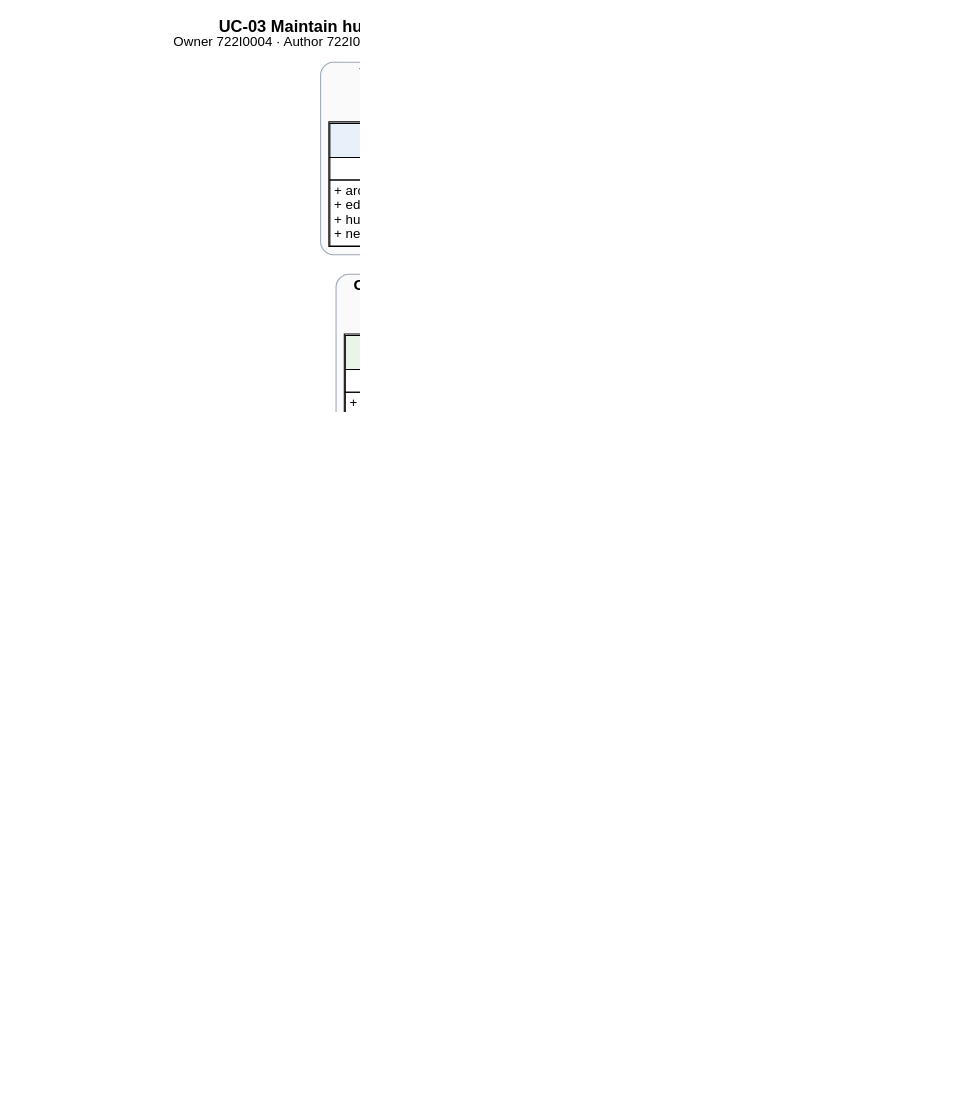
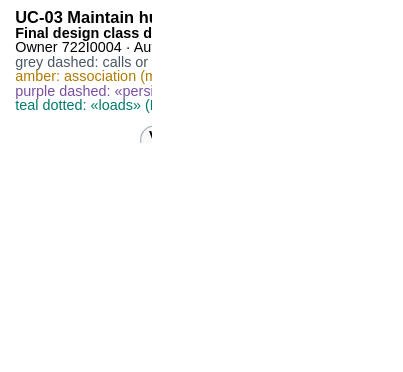
The diagram in models/UC-03/dcd_uc03_final_overview.dot (Dat071104/SaigonBite), drawn with Graphviz before and after one commit. The commit also changed 329 other files, not shown here.

```diff
--- a/models/UC-03/dcd_uc03_final_overview.dot
+++ b/models/UC-03/dcd_uc03_final_overview.dot
@@ -1,35 +1,36 @@
 digraph G {
-graph [rankdir=TB, nodesep=0.15, ranksep=0.5, fontname="Arial", fontsize=16, pad=0.2, dpi=200];
-node [shape=plain, fontname="Arial", fontsize=13];
-edge [fontname="Arial", fontsize=12];
-labelloc="t"; label=<<B>UC-03 Maintain hubs and kitchen capacity — final design class diagram</B><BR/><FONT POINT-SIZE="13">Owner 722I0004 · Author 722I0004 · AI-assisted (Claude) · signatures from the code at the release commit</FONT>>;
-subgraph cluster_view { label=<<B>View layer (Flask blueprints, templates)</B>>; style="rounded,filled"; fillcolor="#FAFAFA"; color="#9AA7B4"; fontsize=15;
+graph [rankdir=TB, nodesep=0.2, ranksep=0.34, fontname="Arial", fontsize=14, pad=0.08, dpi=200, newrank=true];
+node [shape=plain, fontname="Arial", fontsize=14];
+edge [fontname="Arial", fontsize=14, arrowsize=0.9, penwidth=1.1];
+labelloc="t"; labeljust="l"; label=<<B><FONT POINT-SIZE="16">UC-03 Maintain hubs and kitchen capacity</FONT></B><BR ALIGN="LEFT"/><B><FONT POINT-SIZE="14">Final design class diagram, overview (class names only)</FONT></B><BR ALIGN="LEFT"/><FONT POINT-SIZE="14">Owner 722I0004 · Author 722I0004 · AI-assisted (Claude)</FONT><BR ALIGN="LEFT"/><FONT POINT-SIZE="14" COLOR="#4A5663">grey dashed: calls or uses</FONT>    <BR ALIGN="LEFT"/><FONT POINT-SIZE="14" COLOR="#B07A00">amber: association (multiplicities in the domain model, 2.1.7)</FONT>    <BR ALIGN="LEFT"/><FONT POINT-SIZE="14" COLOR="#7A4FA0">purple dashed: «persists» (DAO writes the entity)</FONT>    <BR ALIGN="LEFT"/><FONT POINT-SIZE="14" COLOR="#00796B">teal dotted: «loads» (DAO only reads it)</FONT>    <BR ALIGN="LEFT"/>>;
+subgraph cluster_view { label=<<B>View layer («boundary»)</B>>; labeljust="l"; style="rounded,filled"; fillcolor="#FAFAFA"; color="#9AA7B4"; fontsize=14; margin=5;
   { rank=same; "bp_admin"; }
-  "bp_admin" [label=<<TABLE BORDER="1" CELLBORDER="1" CELLSPACING="0" CELLPADDING="3" BGCOLOR="white"><TR><TD BGCOLOR="#E8F1FA" BALIGN="CENTER"><FONT POINT-SIZE="12">«boundary»</FONT><BR/><B>admin views</B></TD></TR><TR><TD ALIGN="LEFT" BALIGN="LEFT"> </TD></TR><TR><TD ALIGN="LEFT" BALIGN="LEFT">+ archive_hub() POST /admin/hubs/&lt;int:hub_id&gt;/archive<BR ALIGN="LEFT"/>+ edit_hub() GET/POST /admin/hubs/&lt;int:hub_id&gt;<BR ALIGN="LEFT"/>+ hubs() GET /admin/hubs<BR ALIGN="LEFT"/>+ new_hub() GET/POST /admin/hubs/new<BR ALIGN="LEFT"/></TD></TR></TABLE>>];
+  "bp_admin" [label=<<TABLE BORDER="1" CELLBORDER="0" CELLSPACING="0" CELLPADDING="3" BGCOLOR="#E8F1FA"><TR><TD><FONT POINT-SIZE="14"><B>admin views</B></FONT></TD></TR></TABLE>>];
 }
-subgraph cluster_controller { label=<<B>Controller layer (one use-case controller)</B>>; style="rounded,filled"; fillcolor="#FAFAFA"; color="#9AA7B4"; fontsize=15;
+subgraph cluster_controller { label=<<B>Controller layer («control»)</B>>; labeljust="l"; style="rounded,filled"; fillcolor="#FAFAFA"; color="#9AA7B4"; fontsize=14; margin=5;
   { rank=same; "HubController"; }
-  "HubController" [label=<<TABLE BORDER="1" CELLBORDER="1" CELLSPACING="0" CELLPADDING="3" BGCOLOR="white"><TR><TD BGCOLOR="#EAF5EA" BALIGN="CENTER"><FONT POINT-SIZE="12">«control»</FONT><BR/><B>HubController</B></TD></TR><TR><TD ALIGN="LEFT" BALIGN="LEFT"> </TD></TR><TR><TD ALIGN="LEFT" BALIGN="LEFT">+ archive_hub(user_id: int, hub_id: int): Hub<BR ALIGN="LEFT"/>+ create_hub(user_id: int, form: Mapping[str,<BR ALIGN="LEFT"/>        str]): Hub<BR ALIGN="LEFT"/>+ get_hub(user_id: int, hub_id: int): HubAdminView<BR ALIGN="LEFT"/>+ list_hubs(user_id: int,<BR ALIGN="LEFT"/>        include_archived: bool): list[HubAdminView]<BR ALIGN="LEFT"/>+ update_hub(user_id: int, hub_id: int,<BR ALIGN="LEFT"/>        form: Mapping[str, str]): Hub<BR ALIGN="LEFT"/></TD></TR></TABLE>>];
+  "HubController" [label=<<TABLE BORDER="1" CELLBORDER="0" CELLSPACING="0" CELLPADDING="3" BGCOLOR="#EAF5EA"><TR><TD><FONT POINT-SIZE="14"><B>HubController</B></FONT></TD></TR></TABLE>>];
 }
-subgraph cluster_domain { label=<<B>Domain layer (entities and value objects)</B>>; style="rounded,filled"; fillcolor="#FAFAFA"; color="#9AA7B4"; fontsize=15;
+"bp_admin" -> "HubController" [style=invis];
+subgraph cluster_dao { label=<<B>Data access layer («DAO»)</B>>; labeljust="l"; style="rounded,filled"; fillcolor="#FAFAFA"; color="#9AA7B4"; fontsize=14; margin=5;
+  { rank=same; "HubDAO"; "UserDAO"; }
+  "HubDAO" [label=<<TABLE BORDER="1" CELLBORDER="0" CELLSPACING="0" CELLPADDING="3" BGCOLOR="#F2ECF8"><TR><TD><FONT POINT-SIZE="14"><B>HubDAO</B></FONT></TD></TR></TABLE>>];
+  "UserDAO" [label=<<TABLE BORDER="1" CELLBORDER="0" CELLSPACING="0" CELLPADDING="3" BGCOLOR="#F2ECF8"><TR><TD><FONT POINT-SIZE="14"><B>UserDAO</B></FONT></TD></TR></TABLE>>];
+}
+"HubController" -> "HubDAO" [style=invis];
+subgraph cluster_domain { label=<<B>Domain layer («entity»)</B>>; labeljust="l"; style="rounded,filled"; fillcolor="#FAFAFA"; color="#9AA7B4"; fontsize=14; margin=5;
   { rank=same; "Hub"; "Order"; "UserAccount"; }
-  "Hub" [label=<<TABLE BORDER="1" CELLBORDER="1" CELLSPACING="0" CELLPADDING="3" BGCOLOR="white"><TR><TD BGCOLOR="#FFF6E0" BALIGN="CENTER"><FONT POINT-SIZE="12">«entity»</FONT><BR/><B>Hub</B></TD></TR><TR><TD ALIGN="LEFT" BALIGN="LEFT">id: int<BR ALIGN="LEFT"/>code: str<BR ALIGN="LEFT"/>name: str<BR ALIGN="LEFT"/>address_text: str<BR ALIGN="LEFT"/>latitude: float<BR ALIGN="LEFT"/>longitude: float<BR ALIGN="LEFT"/>max_active_orders: int<BR ALIGN="LEFT"/>base_delivery_fee: int<BR ALIGN="LEFT"/>archived_at: str | None<BR ALIGN="LEFT"/></TD></TR><TR><TD ALIGN="LEFT" BALIGN="LEFT"> </TD></TR></TABLE>>];
-  "Order" [label=<<TABLE BORDER="1" CELLBORDER="1" CELLSPACING="0" CELLPADDING="3" BGCOLOR="white"><TR><TD BGCOLOR="#FFF6E0" BALIGN="CENTER"><FONT POINT-SIZE="12">«entity»</FONT><BR/><B>Order</B></TD></TR><TR><TD ALIGN="LEFT" BALIGN="LEFT">state: OrderState<BR ALIGN="LEFT"/>id: int | None<BR ALIGN="LEFT"/>(read only in this use case)<BR ALIGN="LEFT"/></TD></TR><TR><TD ALIGN="LEFT" BALIGN="LEFT"> </TD></TR></TABLE>>];
-  "UserAccount" [label=<<TABLE BORDER="1" CELLBORDER="1" CELLSPACING="0" CELLPADDING="3" BGCOLOR="white"><TR><TD BGCOLOR="#FFF6E0" BALIGN="CENTER"><FONT POINT-SIZE="12">«entity»</FONT><BR/><B>UserAccount</B></TD></TR><TR><TD ALIGN="LEFT" BALIGN="LEFT">id: int<BR ALIGN="LEFT"/>(read only in this use case)<BR ALIGN="LEFT"/></TD></TR><TR><TD ALIGN="LEFT" BALIGN="LEFT"> </TD></TR></TABLE>>];
+  "Hub" [label=<<TABLE BORDER="1" CELLBORDER="0" CELLSPACING="0" CELLPADDING="3" BGCOLOR="#FFF6E0"><TR><TD><FONT POINT-SIZE="14"><B>Hub</B></FONT></TD></TR></TABLE>>];
+  "Order" [label=<<TABLE BORDER="1" CELLBORDER="0" CELLSPACING="0" CELLPADDING="3" BGCOLOR="#FFF6E0"><TR><TD><FONT POINT-SIZE="14"><B>Order</B></FONT></TD></TR></TABLE>>];
+  "UserAccount" [label=<<TABLE BORDER="1" CELLBORDER="0" CELLSPACING="0" CELLPADDING="3" BGCOLOR="#FFF6E0"><TR><TD><FONT POINT-SIZE="14"><B>UserAccount</B></FONT></TD></TR></TABLE>>];
 }
-subgraph cluster_dao { label=<<B>Data access layer (DAO per table)</B>>; style="rounded,filled"; fillcolor="#FAFAFA"; color="#9AA7B4"; fontsize=15;
-  { rank=same; "HubDAO"; "UserDAO"; }
-  "HubDAO" [label=<<TABLE BORDER="1" CELLBORDER="1" CELLSPACING="0" CELLPADDING="3" BGCOLOR="white"><TR><TD BGCOLOR="#F2ECF8" BALIGN="CENTER"><FONT POINT-SIZE="12">«DAO»</FONT><BR/><B>HubDAO</B></TD></TR><TR><TD ALIGN="LEFT" BALIGN="LEFT"> </TD></TR><TR><TD ALIGN="LEFT" BALIGN="LEFT">+ active_load(hub_id: int): int<BR ALIGN="LEFT"/>+ active_loads(): dict[int, int]<BR ALIGN="LEFT"/>+ archive(hub_id: int, now: str): bool<BR ALIGN="LEFT"/>+ code_exists(code: str,<BR ALIGN="LEFT"/>        except_id: int | None): bool<BR ALIGN="LEFT"/>+ get_including_archived(hub_id: int): Hub | None<BR ALIGN="LEFT"/>+ insert(hub: Hub): int<BR ALIGN="LEFT"/>+ list_all(): list[Hub]<BR ALIGN="LEFT"/>+ open_order_count(hub_id: int): int<BR ALIGN="LEFT"/>+ update(hub: Hub): bool<BR ALIGN="LEFT"/></TD></TR></TABLE>>];
-  "UserDAO" [label=<<TABLE BORDER="1" CELLBORDER="1" CELLSPACING="0" CELLPADDING="3" BGCOLOR="white"><TR><TD BGCOLOR="#F2ECF8" BALIGN="CENTER"><FONT POINT-SIZE="12">«DAO»</FONT><BR/><B>UserDAO</B></TD></TR><TR><TD ALIGN="LEFT" BALIGN="LEFT"> </TD></TR><TR><TD ALIGN="LEFT" BALIGN="LEFT">+ get_by_id(user_id: int): UserAccount | None<BR ALIGN="LEFT"/></TD></TR></TABLE>>];
+"HubDAO" -> "Hub" [style=invis];
+"HubController" -> "HubDAO" [style=dashed, arrowhead=vee, color="#4A5663"];
+"HubController" -> "UserDAO" [style=dashed, arrowhead=vee, color="#4A5663"];
+"HubDAO" -> "Hub" [style=dashed, arrowhead=vee, color="#7A4FA0", fontcolor="#7A4FA0", xlabel="«persists»"];
+"HubDAO" -> "Order" [style=dotted, arrowhead=vee, color="#00796B", fontcolor="#00796B", xlabel="«loads»"];
+"UserDAO" -> "UserAccount" [style=dotted, arrowhead=vee, color="#00796B", fontcolor="#00796B", xlabel="«loads»"];
+"bp_admin" -> "HubController" [style=dashed, arrowhead=vee, color="#4A5663"];
+"Order" -> "Hub" [arrowhead=vee, dir=both, arrowtail=none, color="#B07A00", fontcolor="#B07A00", constraint=false];
+"UserAccount" -> "Hub" [arrowhead=vee, dir=both, arrowtail=none, color="#B07A00", fontcolor="#B07A00", constraint=false];
 }
-"bp_admin" -> "HubController" [style=invis, weight=5];
-"HubController" -> "Hub" [style=invis, weight=5];
-"Hub" -> "HubDAO" [style=invis, weight=5];
-"HubController" -> "HubDAO" [style=dashed, arrowhead=vee, color="#5B6B7A"];
-"HubController" -> "UserDAO" [style=dashed, arrowhead=vee, color="#5B6B7A"];
-"bp_admin" -> "HubController" [style=dashed, arrowhead=vee, color="#5B6B7A"];
-"HubDAO" -> "Hub" [style=dashed, arrowhead=vee, dir=back, color="#7A4FA0", xlabel="«persists»", fontcolor="#7A4FA0", constraint=false];
-"UserDAO" -> "UserAccount" [style=dashed, arrowhead=vee, dir=back, color="#7A4FA0", xlabel="«persists»", fontcolor="#7A4FA0", constraint=false];
-"Order" -> "Hub" [arrowhead=vee, dir=both, arrowtail=none, taillabel="0..*", headlabel="1", label="hub", color="#B07A00", constraint=false];
-"UserAccount" -> "Hub" [arrowhead=vee, dir=both, arrowtail=none, taillabel="0..*", headlabel="0..1", label="kitchen hub", color="#B07A00", constraint=false];
-}
```
